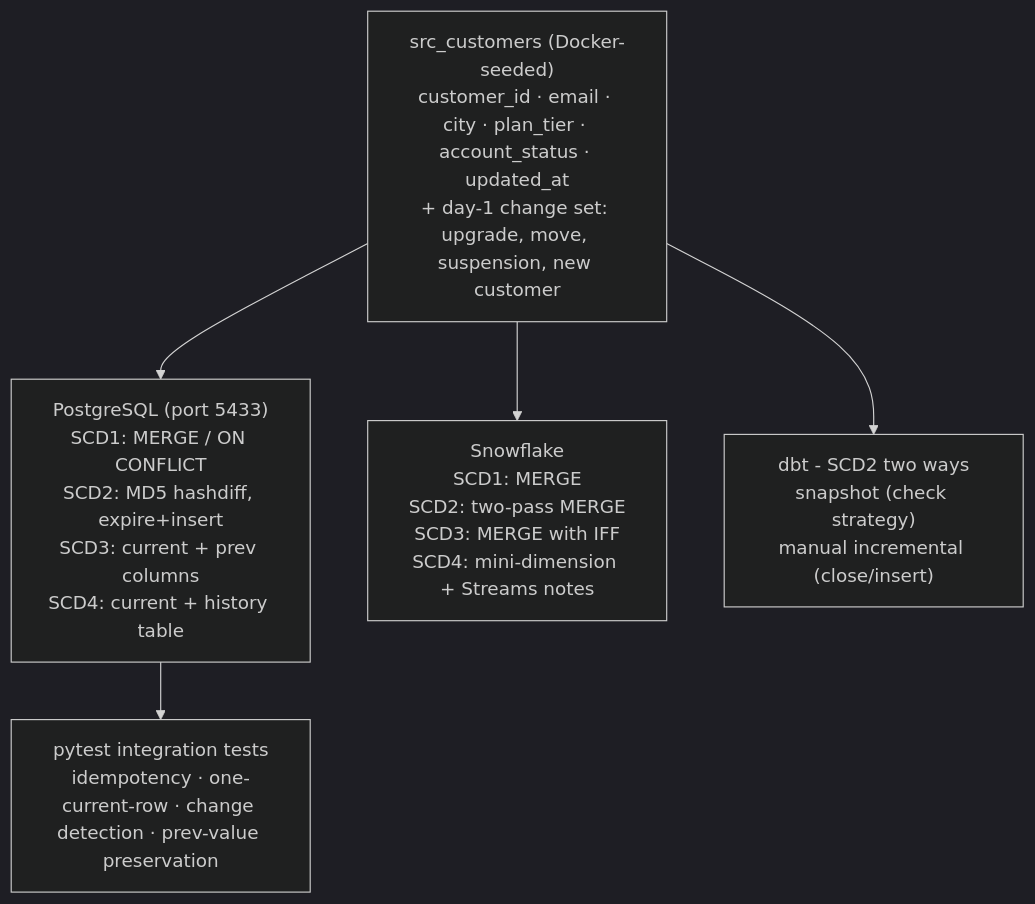
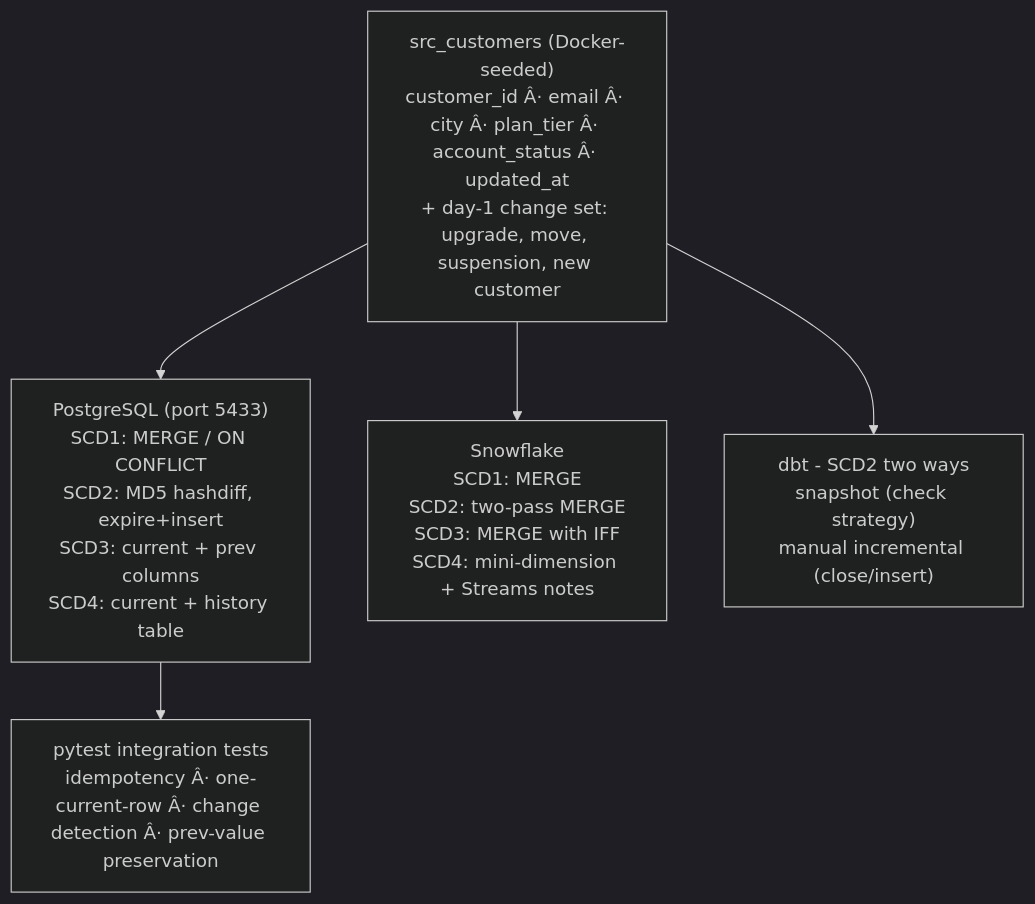
The diagram in INTERVIEW_GUIDE.md (exanode/scd-implementations), drawn with Mermaid (dark theme) before and after one commit. The commit also changed other lines of this file and 2 other files, not shown here.

Commit message:
Improve repository documentation

````diff
--- a/INTERVIEW_GUIDE.md
+++ b/INTERVIEW_GUIDE.md
@@ -15,10 +15,10 @@
 ```mermaid
 flowchart TD
-    S["src_customers (Docker-seeded)\ncustomer_id · email · city · plan_tier · account_status · updated_at\n+ day-1 change set: upgrade, move, suspension, new customer"]
+    S["src_customers (Docker-seeded)\ncustomer_id Â· email Â· city Â· plan_tier Â· account_status Â· updated_at\n+ day-1 change set: upgrade, move, suspension, new customer"]
 
     S --> PG["PostgreSQL (port 5433)\nSCD1: MERGE / ON CONFLICT\nSCD2: MD5 hashdiff, expire+insert\nSCD3: current + prev columns\nSCD4: current + history table"]
     S --> SF["Snowflake\nSCD1: MERGE\nSCD2: two-pass MERGE\nSCD3: MERGE with IFF\nSCD4: mini-dimension + Streams notes"]
     S --> DBT["dbt - SCD2 two ways\nsnapshot (check strategy)\nmanual incremental (close/insert)"]
 
-    PG --> T["pytest integration tests\nidempotency · one-current-row · change detection · prev-value preservation"]
+    PG --> T["pytest integration tests\nidempotency Â· one-current-row Â· change detection Â· prev-value preservation"]
 ```
````
